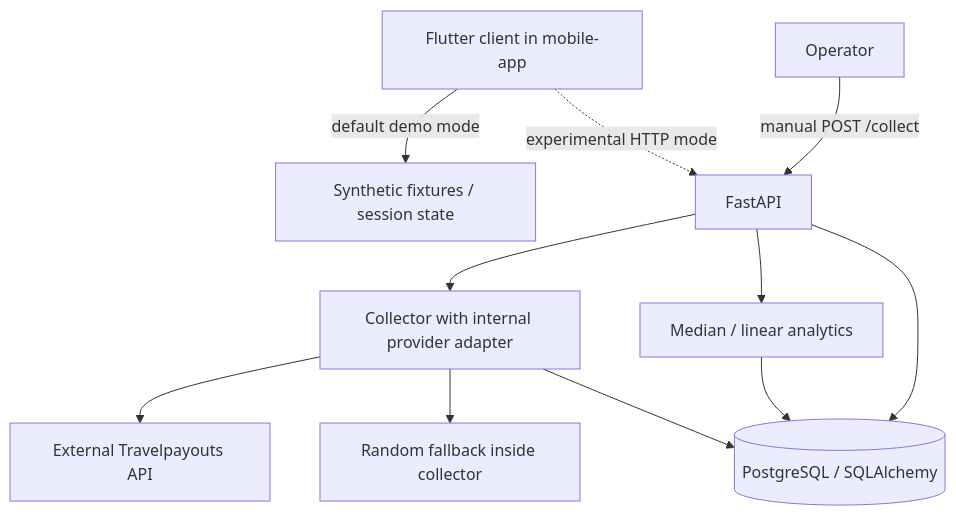
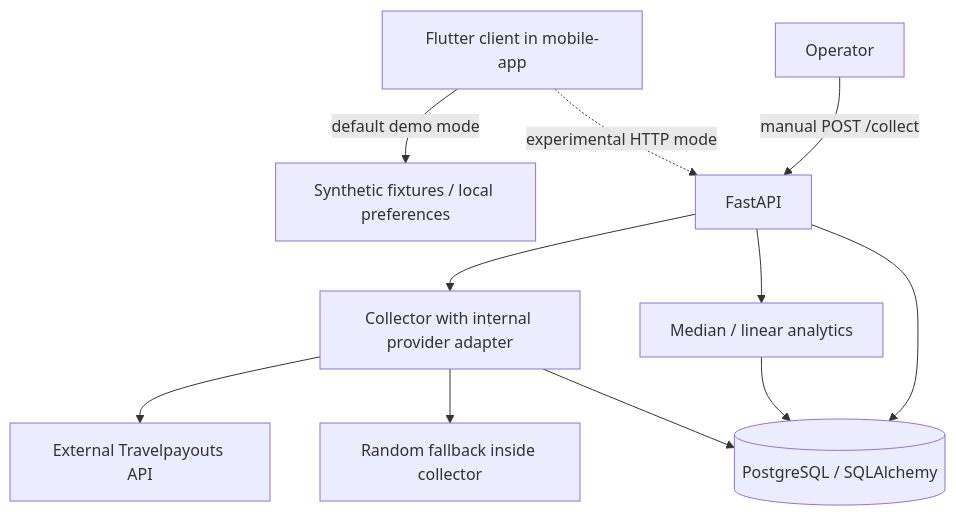
One commit to Swoksaar0/airfare-monitoring-kz changed the diagram in README.md. Above: the diagram before and after it, drawn with Mermaid. The commit also changed other lines of this file and 14 other files, not shown here.

````diff
--- a/README.md
+++ b/README.md
@@ -165,13 +165,13 @@
 ```mermaid
 flowchart TB
-    Mobile["Flutter client in mobile-app"] -->|"default demo mode"| Fixtures["Synthetic fixtures / session state"]
+    Mobile["Flutter client in mobile-app"] -->|"default demo mode"| Fixtures["Synthetic fixtures / local preferences"]
     Mobile -.->|"experimental HTTP mode"| API["FastAPI"]
     Operator["Operator"] -->|"manual POST /collect"| API
     API --> Collector["Collector with internal provider adapter"]
     Collector --> Source["External Travelpayouts API"]
     Collector --> Fallback["Random fallback inside collector"]
     Collector --> DB[("PostgreSQL / SQLAlchemy")]
     API --> Analytics["Median / linear analytics"]
     Analytics --> DB
     API --> DB
 ```
````
